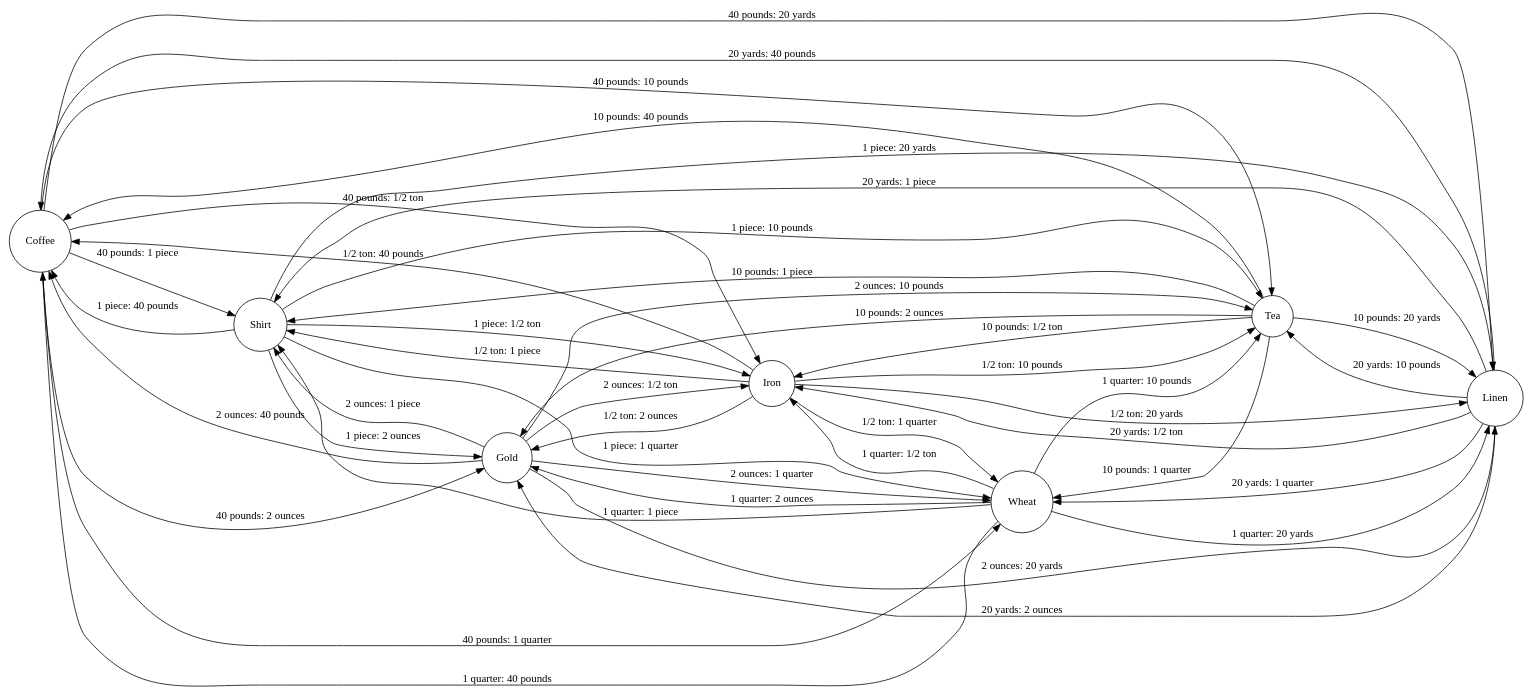
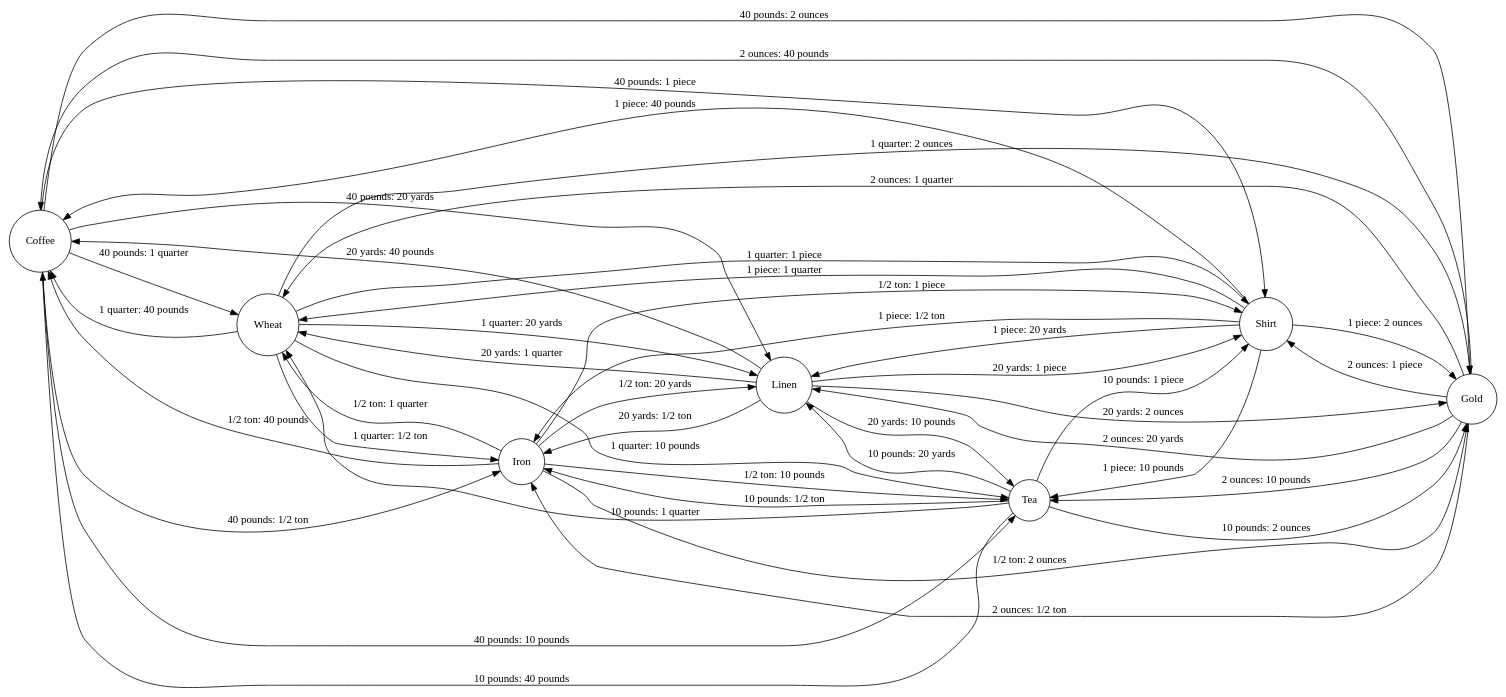
One commit to Wangsutan/Kapital changed the diagram in 资本的生产过程/价值形式理论/价值形式/datas_graphs_generated/total_complete.dot. Above: the diagram before and after it, drawn with Graphviz. The commit also changed other lines of this file and 567 other files, not shown here.

```diff
--- a/资本的生产过程/价值形式理论/价值形式/datas_graphs_generated/total_complete.dot
+++ b/资本的生产过程/价值形式理论/价值形式/datas_graphs_generated/total_complete.dot
@@ -1,46 +1,46 @@
 digraph 价值形式理论 {
     rankdir=LR;
     node [shape=circle];
+    "Coffee" -> "Wheat" [label="40 pounds: 1 quarter"];
+    "Coffee" -> "Gold" [label="40 pounds: 2 ounces"];
     "Coffee" -> "Shirt" [label="40 pounds: 1 piece"];
+    "Coffee" -> "Tea" [label="40 pounds: 10 pounds"];
     "Coffee" -> "Linen" [label="40 pounds: 20 yards"];
-    "Coffee" -> "Tea" [label="40 pounds: 10 pounds"];
-    "Coffee" -> "Wheat" [label="40 pounds: 1 quarter"];
     "Coffee" -> "Iron" [label="40 pounds: 1/2 ton"];
-    "Coffee" -> "Gold" [label="40 pounds: 2 ounces"];
+    "Gold" -> "Wheat" [label="2 ounces: 1 quarter"];
+    "Gold" -> "Shirt" [label="2 ounces: 1 piece"];
     "Gold" -> "Coffee" [label="2 ounces: 40 pounds"];
-    "Gold" -> "Shirt" [label="2 ounces: 1 piece"];
+    "Gold" -> "Tea" [label="2 ounces: 10 pounds"];
     "Gold" -> "Linen" [label="2 ounces: 20 yards"];
-    "Gold" -> "Tea" [label="2 ounces: 10 pounds"];
-    "Gold" -> "Wheat" [label="2 ounces: 1 quarter"];
     "Gold" -> "Iron" [label="2 ounces: 1/2 ton"];
-    "Iron" -> "Coffee" [label="1/2 ton: 40 pounds"];
-    "Iron" -> "Shirt" [label="1/2 ton: 1 piece"];
-    "Iron" -> "Linen" [label="1/2 ton: 20 yards"];
-    "Iron" -> "Tea" [label="1/2 ton: 10 pounds"];
     "Iron" -> "Wheat" [label="1/2 ton: 1 quarter"];
     "Iron" -> "Gold" [label="1/2 ton: 2 ounces"];
+    "Iron" -> "Shirt" [label="1/2 ton: 1 piece"];
+    "Iron" -> "Coffee" [label="1/2 ton: 40 pounds"];
+    "Iron" -> "Tea" [label="1/2 ton: 10 pounds"];
+    "Iron" -> "Linen" [label="1/2 ton: 20 yards"];
+    "Linen" -> "Wheat" [label="20 yards: 1 quarter"];
+    "Linen" -> "Gold" [label="20 yards: 2 ounces"];
+    "Linen" -> "Shirt" [label="20 yards: 1 piece"];
     "Linen" -> "Coffee" [label="20 yards: 40 pounds"];
-    "Linen" -> "Shirt" [label="20 yards: 1 piece"];
     "Linen" -> "Tea" [label="20 yards: 10 pounds"];
-    "Linen" -> "Wheat" [label="20 yards: 1 quarter"];
     "Linen" -> "Iron" [label="20 yards: 1/2 ton"];
-    "Linen" -> "Gold" [label="20 yards: 2 ounces"];
+    "Shirt" -> "Wheat" [label="1 piece: 1 quarter"];
+    "Shirt" -> "Gold" [label="1 piece: 2 ounces"];
     "Shirt" -> "Coffee" [label="1 piece: 40 pounds"];
+    "Shirt" -> "Tea" [label="1 piece: 10 pounds"];
     "Shirt" -> "Linen" [label="1 piece: 20 yards"];
-    "Shirt" -> "Tea" [label="1 piece: 10 pounds"];
-    "Shirt" -> "Wheat" [label="1 piece: 1 quarter"];
     "Shirt" -> "Iron" [label="1 piece: 1/2 ton"];
-    "Shirt" -> "Gold" [label="1 piece: 2 ounces"];
+    "Tea" -> "Wheat" [label="10 pounds: 1 quarter"];
+    "Tea" -> "Gold" [label="10 pounds: 2 ounces"];
+    "Tea" -> "Shirt" [label="10 pounds: 1 piece"];
     "Tea" -> "Coffee" [label="10 pounds: 40 pounds"];
-    "Tea" -> "Shirt" [label="10 pounds: 1 piece"];
     "Tea" -> "Linen" [label="10 pounds: 20 yards"];
-    "Tea" -> "Wheat" [label="10 pounds: 1 quarter"];
     "Tea" -> "Iron" [label="10 pounds: 1/2 ton"];
-    "Tea" -> "Gold" [label="10 pounds: 2 ounces"];
+    "Wheat" -> "Gold" [label="1 quarter: 2 ounces"];
+    "Wheat" -> "Shirt" [label="1 quarter: 1 piece"];
     "Wheat" -> "Coffee" [label="1 quarter: 40 pounds"];
-    "Wheat" -> "Shirt" [label="1 quarter: 1 piece"];
+    "Wheat" -> "Tea" [label="1 quarter: 10 pounds"];
     "Wheat" -> "Linen" [label="1 quarter: 20 yards"];
-    "Wheat" -> "Tea" [label="1 quarter: 10 pounds"];
     "Wheat" -> "Iron" [label="1 quarter: 1/2 ton"];
-    "Wheat" -> "Gold" [label="1 quarter: 2 ounces"];
 }
```
